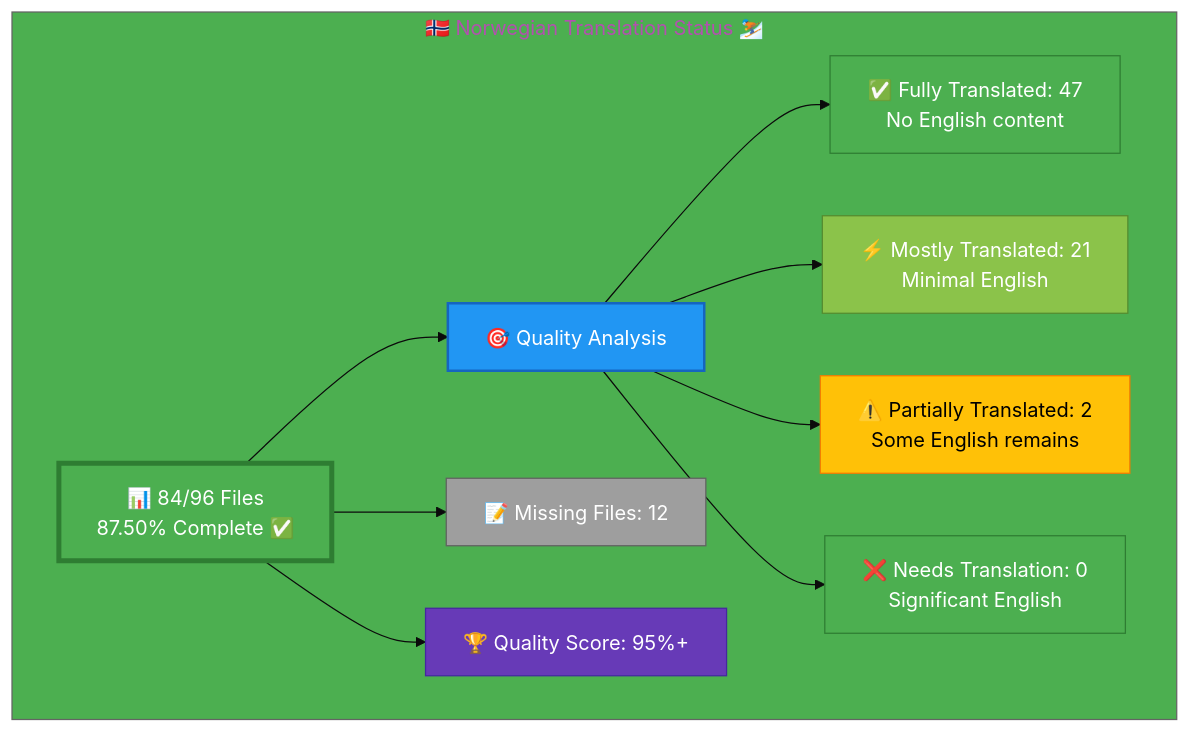
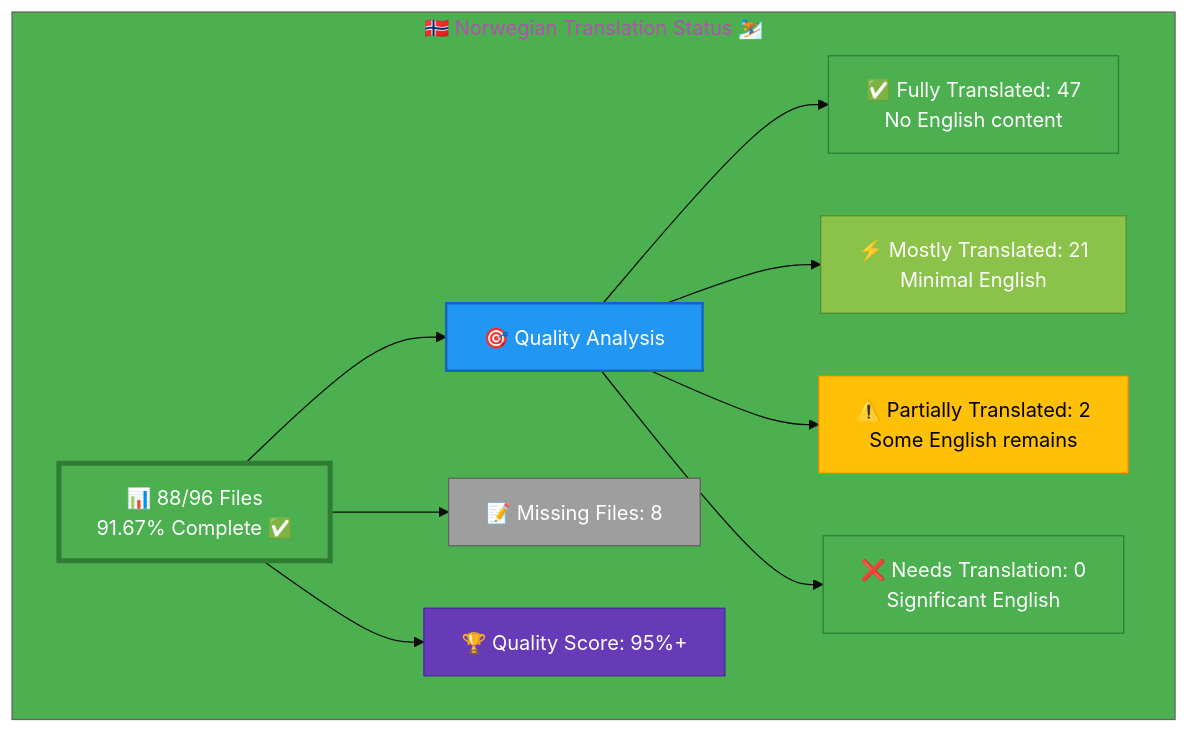
One commit to Hack23/homepage changed the diagram in Norwegian-Translation-Status.md. Above: the diagram before and after it, drawn with Mermaid. The commit also changed other lines of this file and 4 other files, not shown here.

````diff
--- a/Norwegian-Translation-Status.md
+++ b/Norwegian-Translation-Status.md
@@ -12,26 +12,26 @@
 ```mermaid
 %%{init: {'theme':'base', 'themeVariables': {'primaryColor':'#4CAF50','secondaryColor':'#2196F3','tertiaryColor':'#4CAF50','fontSize':'16px'}}}%%
 graph TB
     subgraph "🇳🇴 Norwegian Translation Status ⛷️"
-        A["📊 84/96 Files<br/>87.50% Complete ✅ "]
+        A["📊 88/96 Files<br/>91.67% Complete ✅ "]
         
         A --> B["🎯 Quality Analysis"]
         B --> C["✅ Fully Translated: 47<br/>No English content"]
         B --> D["⚡ Mostly Translated: 21<br/>Minimal English"]
         B --> E["⚠️  Partially Translated: 2<br/>Some English remains"]
         B --> F["❌ Needs Translation: 0<br/>Significant English"]
         
-        A --> G["📝 Missing Files: 12"]
+        A --> G["📝 Missing Files: 8"]
         
         A --> H["🏆 Quality Score: 95%+"]
         
         style A fill:#4CAF50,stroke:#2E7D32,color:#fff,stroke-width:4px
         style B fill:#2196F3,stroke:#1565C0,color:#fff,stroke-width:2px
         style C fill:#4CAF50,stroke:#2E7D32,color:#fff
         style D fill:#8BC34A,stroke:#558B2F,color:#fff
         style E fill:#FFC107,stroke:#F57C00,color:#000
         style F fill:#4CAF50,stroke:#2E7D32,color:#fff
         style G fill:#9E9E9E,stroke:#616161,color:#fff
         style H fill:#673AB7,stroke:#4527A0,color:#fff
     end
 ```
````
